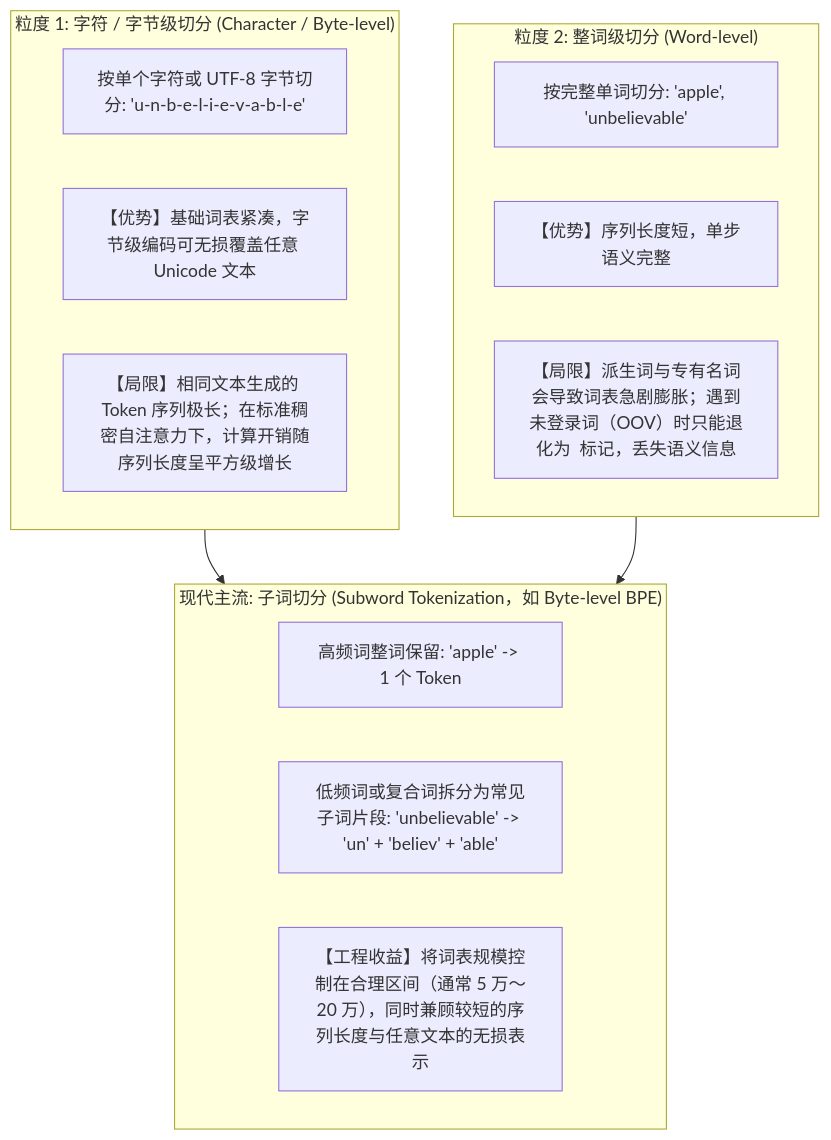
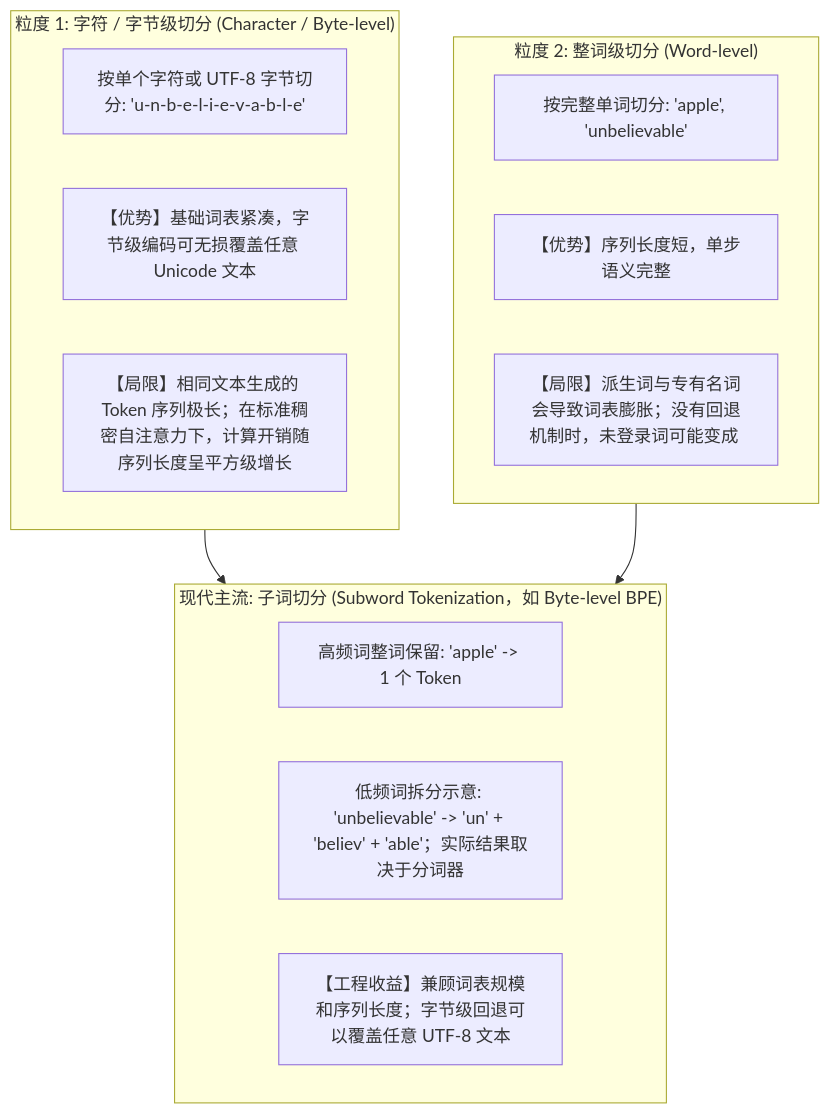
One commit to GuoWWWX/knowledge-base changed the diagram in 10-AI应用开发/01-LLM基础与Prompt/02-Token与Tokenizer.md. Above: the diagram before and after it, drawn with Mermaid. The commit also changed other lines of this file and 368 other files, not shown here.

````diff
--- a/10-AI应用开发/01-LLM基础与Prompt/02-Token与Tokenizer.md
+++ b/10-AI应用开发/01-LLM基础与Prompt/02-Token与Tokenizer.md
@@ -25,22 +25,22 @@
 ```mermaid
 flowchart TD
     subgraph 流派一["粒度 1: 字符 / 字节级切分 (Character / Byte-level)"]
         A1["按单个字符或 UTF-8 字节切分: 'u-n-b-e-l-i-e-v-a-b-l-e'"]
         A2["【优势】基础词表紧凑，字节级编码可无损覆盖任意 Unicode 文本"]
         A3["【局限】相同文本生成的 Token 序列极长；在标准稠密自注意力下，计算开销随序列长度呈平方级增长"]
     end
 
     subgraph 流派二["粒度 2: 整词级切分 (Word-level)"]
         B1["按完整单词切分: 'apple', 'unbelievable'"]
         B2["【优势】序列长度短，单步语义完整"]
-        B3["【局限】派生词与专有名词会导致词表急剧膨胀；遇到未登录词（OOV）时只能退化为 <UNK> 标记，丢失语义信息"]
+        B3["【局限】派生词与专有名词会导致词表膨胀；没有回退机制时，未登录词可能变成 <UNK>"]
     end
 
     subgraph 主流方案["现代主流: 子词切分 (Subword Tokenization，如 Byte-level BPE)"]
         C1["高频词整词保留: 'apple' -> 1 个 Token"]
-        C2["低频词或复合词拆分为常见子词片段: 'unbelievable' -> 'un' + 'believ' + 'able'"]
-        C3["【工程收益】将词表规模控制在合理区间（通常 5 万～20 万），同时兼顾较短的序列长度与任意文本的无损表示"]
+        C2["低频词拆分示意: 'unbelievable' -> 'un' + 'believ' + 'able'；实际结果取决于分词器"]
+        C3["【工程收益】兼顾词表规模和序列长度；字节级回退可以覆盖任意 UTF-8 文本"]
     end
 
     流派一 & 流派二 --> 主流方案
 ```
````
